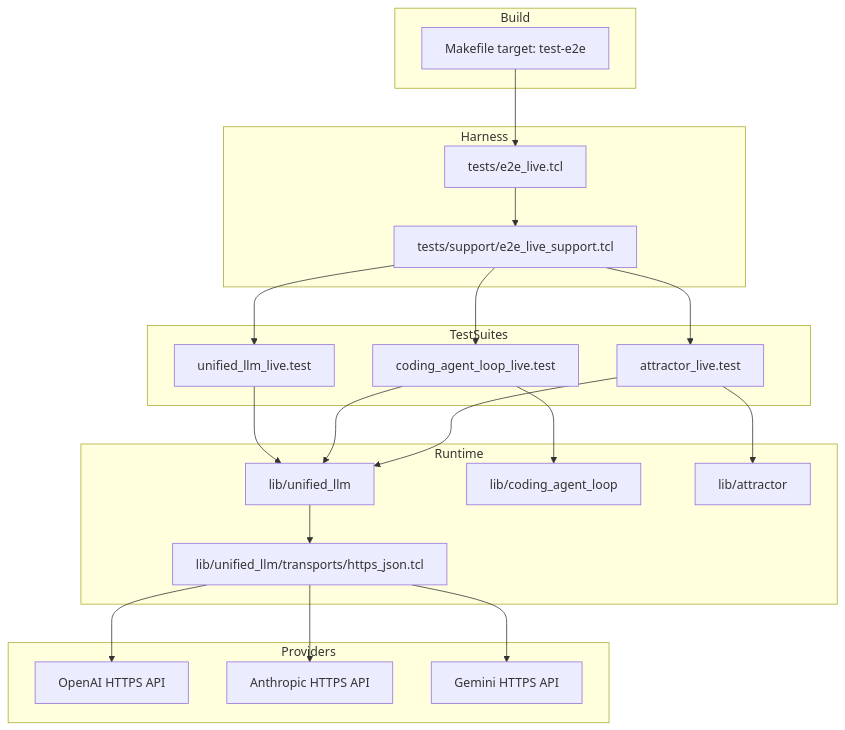
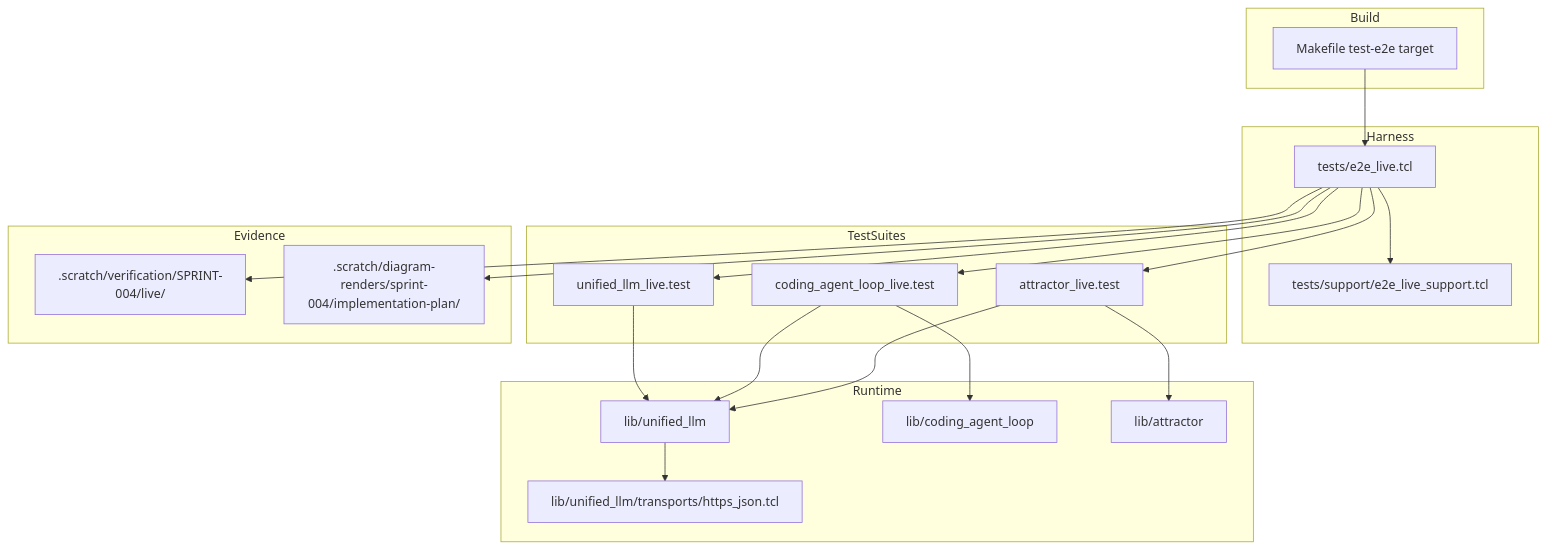
The fifth of 5 diagrams in docs/sprints/SPRINT-004-comprehensive-implementation-plan.md (jaytaylor/attractor-tcl), drawn with Mermaid before and after one commit. The commit also changed other lines of this file, not shown here.

Commit message:
docs: complete sprint 004 implementation plan with verification evidence

````diff
--- a/docs/sprints/SPRINT-004-comprehensive-implementation-plan.md
+++ b/docs/sprints/SPRINT-004-comprehensive-implementation-plan.md
@@ -951,45 +1697,43 @@
 ```mermaid
 flowchart TB
   subgraph Build
-    M1[Makefile target: test-e2e]
+    MK[Makefile test-e2e target]
   end
 
   subgraph Harness
-    H1[tests/e2e_live.tcl]
-    H2[tests/support/e2e_live_support.tcl]
+    E2E[tests/e2e_live.tcl]
+    SUP[tests/support/e2e_live_support.tcl]
   end
 
   subgraph TestSuites
-    T1[unified_llm_live.test]
-    T2[coding_agent_loop_live.test]
-    T3[attractor_live.test]
+    UTEST[unified_llm_live.test]
+    CTEST[coding_agent_loop_live.test]
+    ATEST[attractor_live.test]
   end
 
   subgraph Runtime
-    U1[lib/unified_llm]
-    U2[lib/unified_llm/transports/https_json.tcl]
-    C1[lib/coding_agent_loop]
-    A1[lib/attractor]
+    ULLM[lib/unified_llm]
+    CAL[lib/coding_agent_loop]
+    ATR[lib/attractor]
+    TRANS[lib/unified_llm/transports/https_json.tcl]
   end
 
-  subgraph Providers
-    P1[OpenAI HTTPS API]
-    P2[Anthropic HTTPS API]
-    P3[Gemini HTTPS API]
+  subgraph Evidence
+    RUNROOT[.scratch/verification/SPRINT-004/live/<run_id>]
+    DIAG[.scratch/diagram-renders/sprint-004/implementation-plan/<run_id>]
   end
 
-  M1 --> H1
-  H1 --> H2
-  H2 --> T1
-  H2 --> T2
-  H2 --> T3
-  T1 --> U1
-  T2 --> C1
-  T2 --> U1
-  T3 --> A1
-  T3 --> U1
-  U1 --> U2
-  U2 --> P1
-  U2 --> P2
-  U2 --> P3
+  MK --> E2E
+  E2E --> SUP
+  E2E --> UTEST
+  E2E --> CTEST
+  E2E --> ATEST
+  UTEST --> ULLM
+  CTEST --> CAL
+  CTEST --> ULLM
+  ATEST --> ATR
+  ATEST --> ULLM
+  ULLM --> TRANS
+  E2E --> RUNROOT
+  E2E --> DIAG
 ```
````
